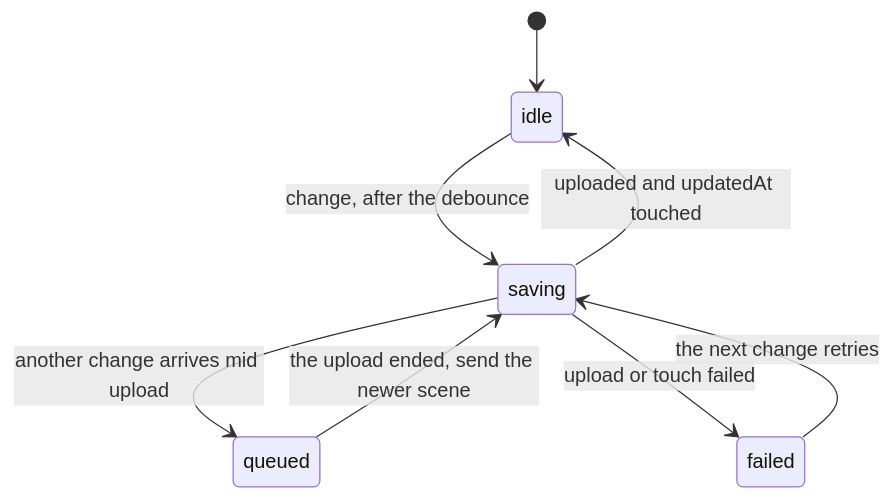
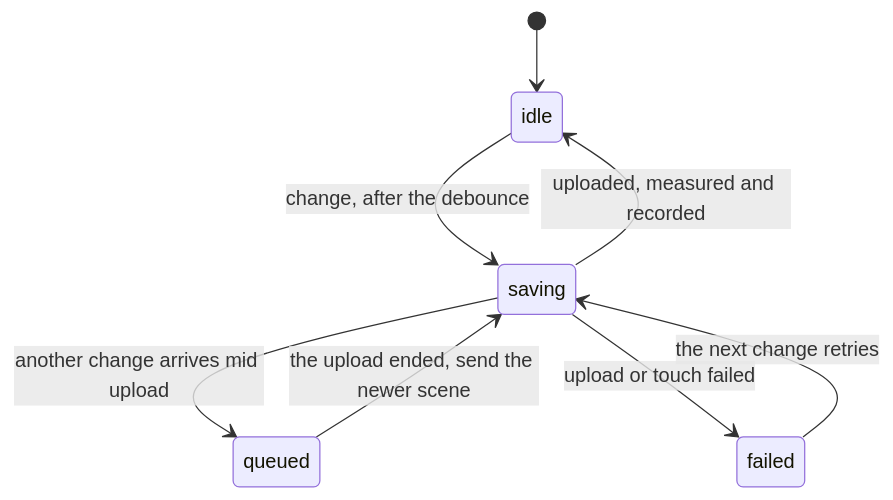
The fourth of 4 diagrams in docs/modules/app/flows.md (sebasfles/my-napkin), drawn with Mermaid before and after one commit. The commit also changed other lines of this file and 7 other files, not shown here.

````diff
--- a/docs/modules/app/flows.md
+++ b/docs/modules/app/flows.md
@@ -64,10 +64,10 @@
 ```mermaid
 stateDiagram-v2
   [*] --> idle
   idle --> saving: change, after the debounce
-  saving --> idle: uploaded and updatedAt touched
+  saving --> idle: uploaded, measured and recorded
   saving --> queued: another change arrives mid upload
   saving --> failed: upload or touch failed
   queued --> saving: the upload ended, send the newer scene
   failed --> saving: the next change retries
 ```
````
